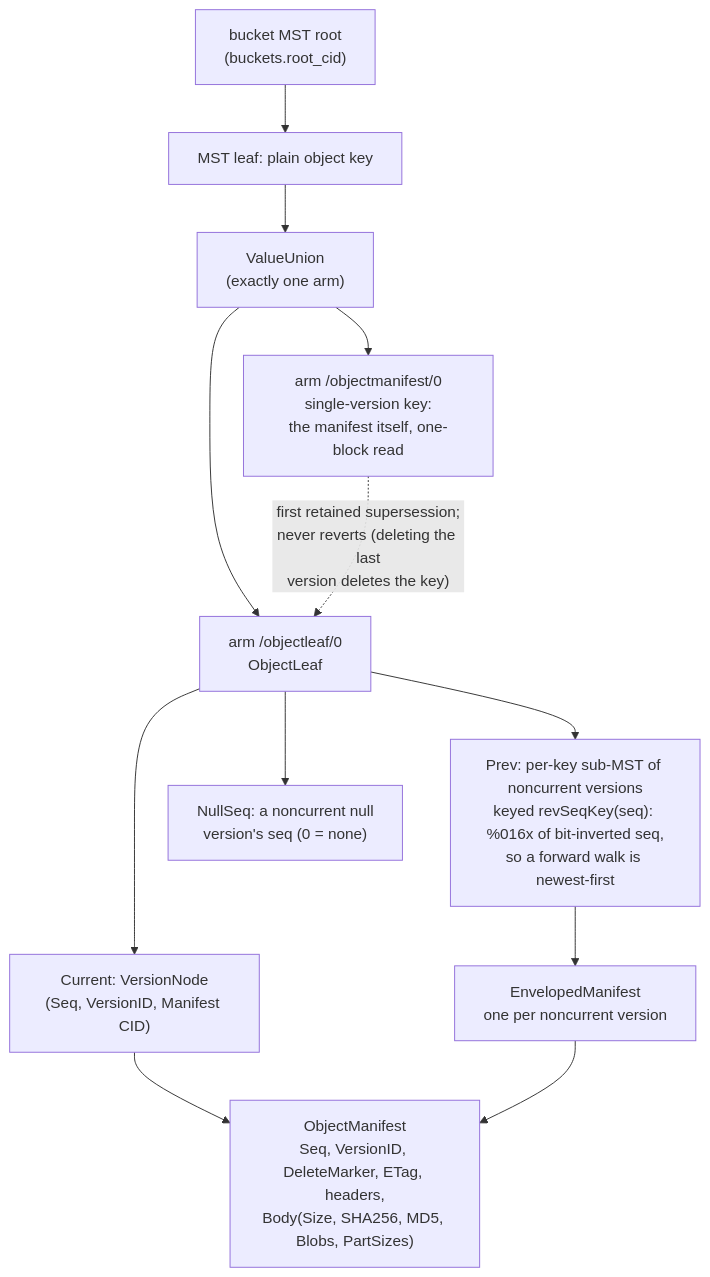
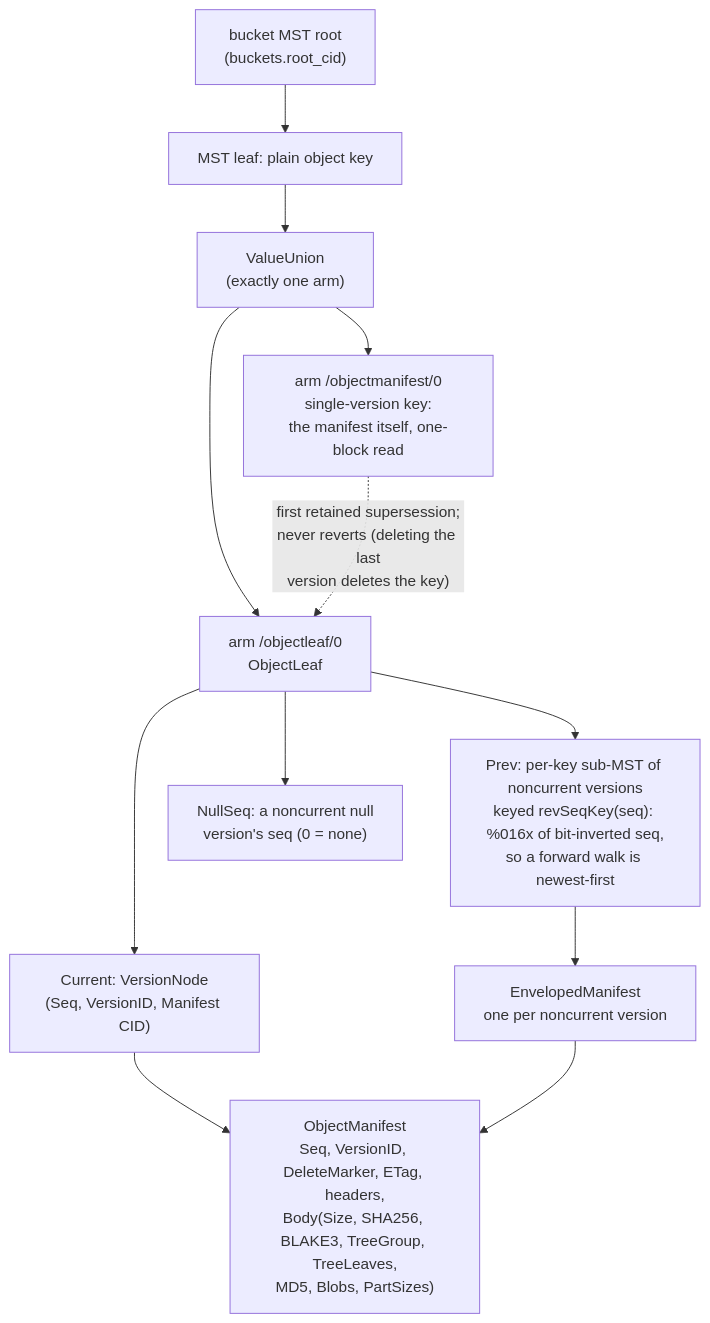
Before and after one commit to fil-forge/ingot: the ninth of 14 diagrams in docs/diagrams.md, drawn with Mermaid. The commit also changed other lines of this file and 24 other files, not shown here.

Commit message:
feat: BLAKE3 object digest

````diff
--- a/docs/diagrams.md
+++ b/docs/diagrams.md
@@ -640,24 +640,24 @@
 ```mermaid
 flowchart TB
     root["bucket MST root<br/>(buckets.root_cid)"]
     leafk["MST leaf: plain object key"]
     union["ValueUnion<br/>(exactly one arm)"]
     mans["arm /objectmanifest/0<br/>single-version key:<br/>the manifest itself, one-block read"]
     leaf["arm /objectleaf/0<br/>ObjectLeaf"]
     cur["Current: VersionNode<br/>(Seq, VersionID, Manifest CID)"]
     prev["Prev: per-key sub-MST of noncurrent versions<br/>keyed revSeqKey(seq): %016x of bit-inverted seq,<br/>so a forward walk is newest-first"]
     nulls["NullSeq: a noncurrent null<br/>version's seq (0 = none)"]
     em["EnvelopedManifest<br/>one per noncurrent version"]
-    mf["ObjectManifest<br/>Seq, VersionID, DeleteMarker, ETag, headers,<br/>Body(Size, SHA256, MD5, Blobs, PartSizes)"]
+    mf["ObjectManifest<br/>Seq, VersionID, DeleteMarker, ETag, headers,<br/>Body(Size, SHA256, BLAKE3, TreeGroup, TreeLeaves,<br/>MD5, Blobs, PartSizes)"]
 
     root --> leafk --> union
     union --> mans
     union --> leaf
     mans -.->|"first retained supersession;<br/>never reverts (deleting the last<br/>version deletes the key)"| leaf
     leaf --> cur
     leaf --> prev
     leaf --> nulls
     prev --> em
     cur --> mf
     em --> mf
 ```
````
